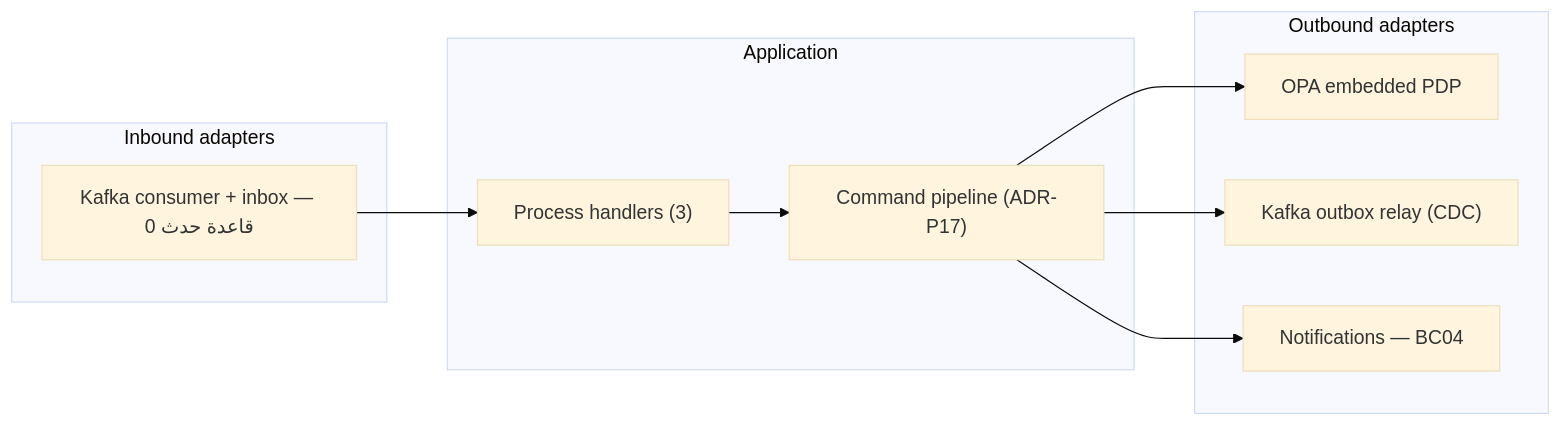
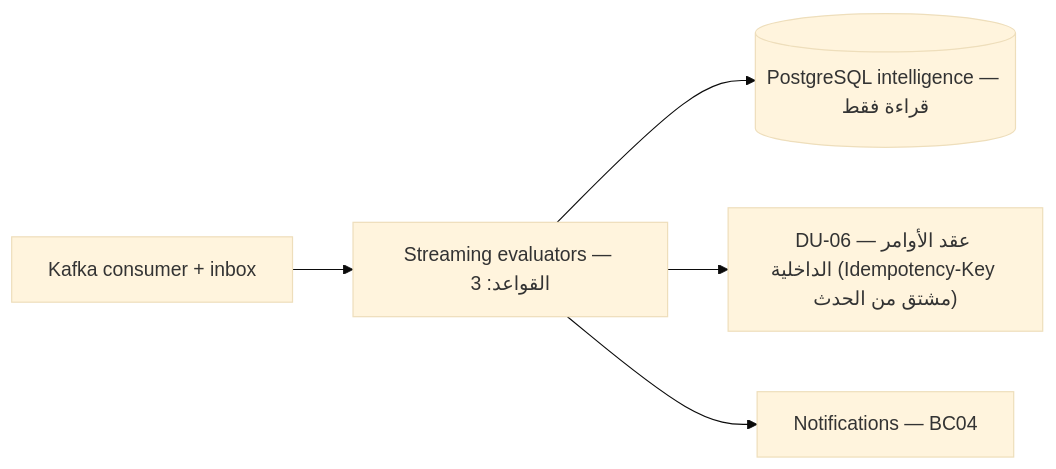
Before and after one commit to Ayoubkhattab/Planing: the seventh of 15 diagrams in spec/18-analysis-design/12-components.md, drawn with Mermaid (base theme). The commit also changed other lines of this file and 16 other files, not shown here.

````diff
--- a/spec/18-analysis-design/12-components.md
+++ b/spec/18-analysis-design/12-components.md
@@ -486,20 +505,7 @@
 ```mermaid
 flowchart LR
-  subgraph IN["Inbound adapters"]
-    KAFKA["Kafka consumer + inbox — 0 قاعدة حدث"]
-  end
-  subgraph APP["Application"]
-    PIPE["Command pipeline (ADR-P17)"]
-    PH["Process handlers (3)"]
-  end
-  subgraph OUT["Outbound adapters"]
-    OPA["OPA embedded PDP"]
-    BUS["Kafka outbox relay (CDC)"]
-    XOUT0["Notifications — BC04"]
-  end
-  PIPE --> XOUT0
-  KAFKA --> PH
-  PH --> PIPE
-  PIPE --> OPA
-  PIPE --> BUS
+  KAFKA["Kafka consumer + inbox"] --> EV["Streaming evaluators — القواعد: 3"]
+  EV --> RD[("PostgreSQL intelligence — قراءة فقط")]
+  EV --> CMD["DU-06 — عقد الأوامر الداخلية (Idempotency-Key مشتق من الحدث)"]
+  EV --> NOTE["Notifications — BC04"]
 ```
````
